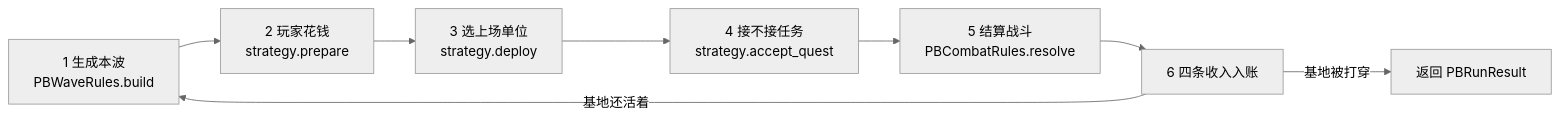
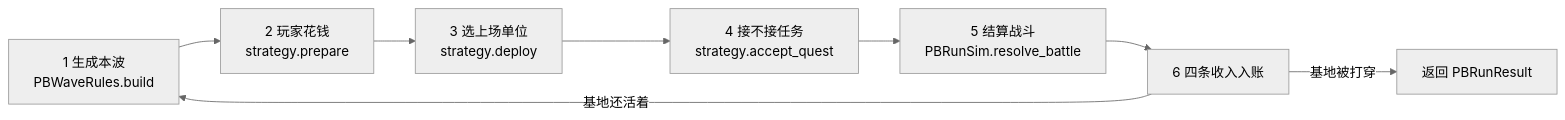
One commit to ShinyRuo/PixelBattle changed the second of 3 diagrams in Docs/代码导读.md. Above: the diagram before and after it, drawn with Mermaid (neutral theme). The commit also changed other lines of this file, not shown here.

````diff
--- a/Docs/代码导读.md
+++ b/Docs/代码导读.md
@@ -97,10 +103,10 @@
 ```mermaid
 flowchart LR
     A["1 生成本波<br>PBWaveRules.build"] --> B["2 玩家花钱<br>strategy.prepare"]
     B --> C["3 选上场单位<br>strategy.deploy"]
     C --> D["4 接不接任务<br>strategy.accept_quest"]
-    D --> E["5 结算战斗<br>PBCombatRules.resolve"]
+    D --> E["5 结算战斗<br>PBRunSim.resolve_battle"]
     E --> F["6 四条收入入账"]
     F -->|基地还活着| A
     F -->|基地被打穿| G["返回 PBRunResult"]
 ```
````
